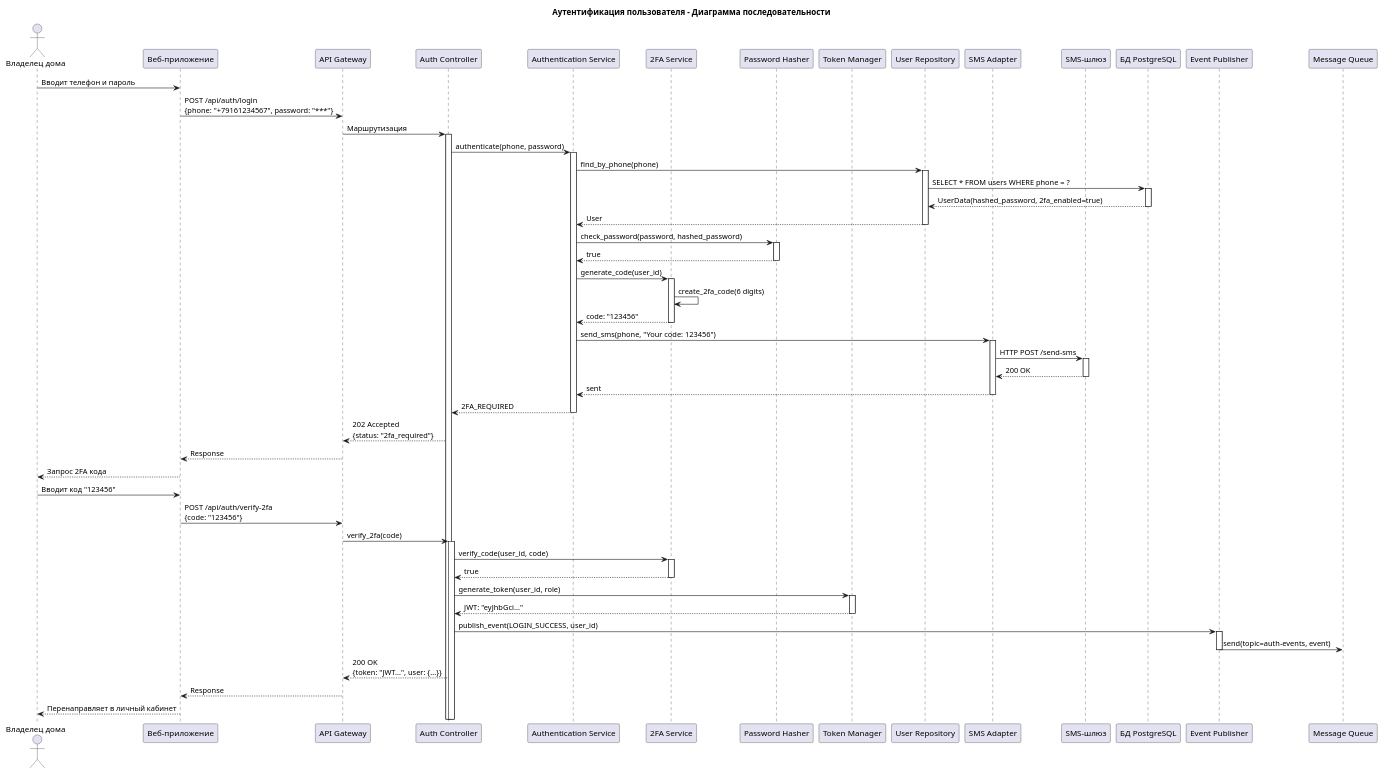
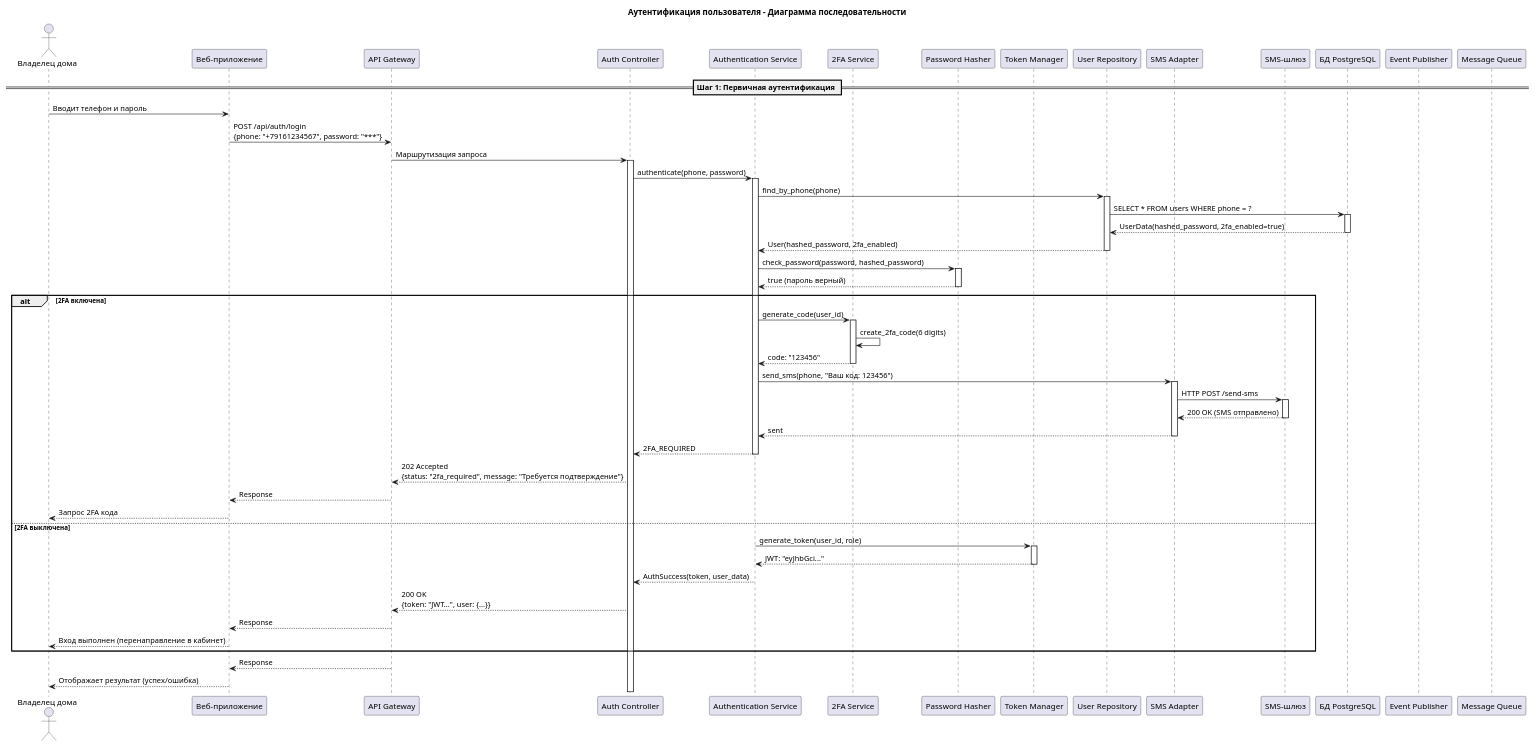
Before and after one commit to Polinavas95/architecture-warmhouse: the diagram in apps/smart_home/diagrams/code/User_authentication.puml, drawn with PlantUML. The commit also changed 3 other files, not shown here.

Commit message:
Задание 1 Создать диаграмму

```diff
--- a/apps/smart_home/diagrams/code/User_authentication.puml
+++ b/apps/smart_home/diagrams/code/User_authentication.puml
@@ -1,87 +1,84 @@
 @startuml
 title Аутентификация пользователя - Диаграмма последовательности
 
 actor "Владелец дома" as User
 participant "Веб-приложение" as WebApp
 participant "API Gateway" as APIGateway
 participant "Auth Controller" as AuthCtrl
 participant "Authentication Service" as AuthSvc
 participant "2FA Service" as TwoFA
 participant "Password Hasher" as Hasher
 participant "Token Manager" as TokenMgr
 participant "User Repository" as UserRepo
 participant "SMS Adapter" as SMSAdapter
 participant "SMS-шлюз" as SMSGW
 participant "БД PostgreSQL" as DB
 participant "Event Publisher" as EventPub
 participant "Message Queue" as Kafka
 
+== Шаг 1: Первичная аутентификация ==
+
 User -> WebApp: Вводит телефон и пароль
 WebApp -> APIGateway: POST /api/auth/login\n{phone: "+79161234567", password: "***"}
-APIGateway -> AuthCtrl: Маршрутизация
+APIGateway -> AuthCtrl: Маршрутизация запроса
 
 activate AuthCtrl
 AuthCtrl -> AuthSvc: authenticate(phone, password)
 
 activate AuthSvc
 AuthSvc -> UserRepo: find_by_phone(phone)
+
 activate UserRepo
 UserRepo -> DB: SELECT * FROM users WHERE phone = ?
 activate DB
 DB --> UserRepo: UserData(hashed_password, 2fa_enabled=true)
 deactivate DB
-UserRepo --> AuthSvc: User
+UserRepo --> AuthSvc: User(hashed_password, 2fa_enabled)
 deactivate UserRepo
 
 AuthSvc -> Hasher: check_password(password, hashed_password)
 activate Hasher
-Hasher --> AuthSvc: true
+Hasher --> AuthSvc: true (пароль верный)
 deactivate Hasher
 
-AuthSvc -> TwoFA: generate_code(user_id)
-activate TwoFA
-TwoFA -> TwoFA: create_2fa_code(6 digits)
-TwoFA --> AuthSvc: code: "123456"
-deactivate TwoFA
+alt 2FA включена
+    AuthSvc -> TwoFA: generate_code(user_id)
+    activate TwoFA
+    TwoFA -> TwoFA: create_2fa_code(6 digits)
+    TwoFA --> AuthSvc: code: "123456"
+    deactivate TwoFA
 
-AuthSvc -> SMSAdapter: send_sms(phone, "Your code: 123456")
-activate SMSAdapter
-SMSAdapter -> SMSGW: HTTP POST /send-sms
-activate SMSGW
-SMSGW --> SMSAdapter: 200 OK
-deactivate SMSGW
-SMSAdapter --> AuthSvc: sent
-deactivate SMSAdapter
+    AuthSvc -> SMSAdapter: send_sms(phone, "Ваш код: 123456")
+    activate SMSAdapter
+    SMSAdapter -> SMSGW: HTTP POST /send-sms
+    activate SMSGW
+    SMSGW --> SMSAdapter: 200 OK (SMS отправлено)
+    deactivate SMSGW
+    SMSAdapter --> AuthSvc: sent
+    deactivate SMSAdapter
 
-AuthSvc --> AuthCtrl: 2FA_REQUIRED
-deactivate AuthSvc
+    AuthSvc --> AuthCtrl: 2FA_REQUIRED
+    deactivate AuthSvc
 
-AuthCtrl --> APIGateway: 202 Accepted\n{status: "2fa_required"}
+    AuthCtrl --> APIGateway: 202 Accepted\n{status: "2fa_required", message: "Требуется подтверждение"}
+    APIGateway --> WebApp: Response
+    WebApp --> User: Запрос 2FA кода
+
+else 2FA выключена
+    AuthSvc -> TokenMgr: generate_token(user_id, role)
+    activate TokenMgr
+    TokenMgr --> AuthSvc: JWT: "eyJhbGci..."
+    deactivate TokenMgr
+
+    AuthSvc --> AuthCtrl: AuthSuccess(token, user_data)
+    deactivate AuthSvc
+
+    AuthCtrl --> APIGateway: 200 OK\n{token: "JWT...", user: {...}}
+    APIGateway --> WebApp: Response
+    WebApp --> User: Вход выполнен (перенаправление в кабинет)
+end
+
 APIGateway --> WebApp: Response
-WebApp --> User: Запрос 2FA кода
-
-User -> WebApp: Вводит код "123456"
-WebApp -> APIGateway: POST /api/auth/verify-2fa\n{code: "123456"}
-APIGateway -> AuthCtrl: verify_2fa(code)
-
-activate AuthCtrl
-AuthCtrl -> TwoFA: verify_code(user_id, code)
-activate TwoFA
-TwoFA --> AuthCtrl: true
-deactivate TwoFA
-
-AuthCtrl -> TokenMgr: generate_token(user_id, role)
-activate TokenMgr
-TokenMgr --> AuthCtrl: JWT: "eyJhbGci..."
-deactivate TokenMgr
-
-AuthCtrl -> EventPub: publish_event(LOGIN_SUCCESS, user_id)
-activate EventPub
-EventPub -> Kafka: send(topic=auth-events, event)
-deactivate EventPub
-
-AuthCtrl --> APIGateway: 200 OK\n{token: "JWT...", user: {...}}
-APIGateway --> WebApp: Response
-WebApp --> User: Перенаправляет в личный кабинет
+WebApp --> User: Отображает результат (успех/ошибка)
 
 @enduml
```
